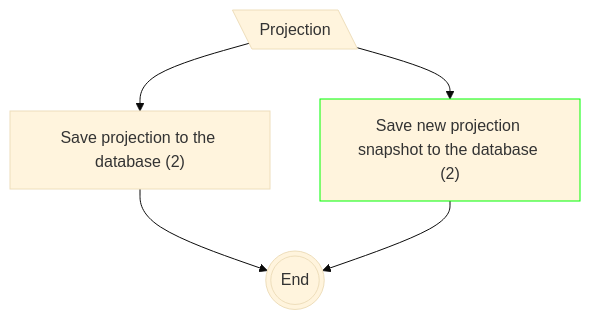
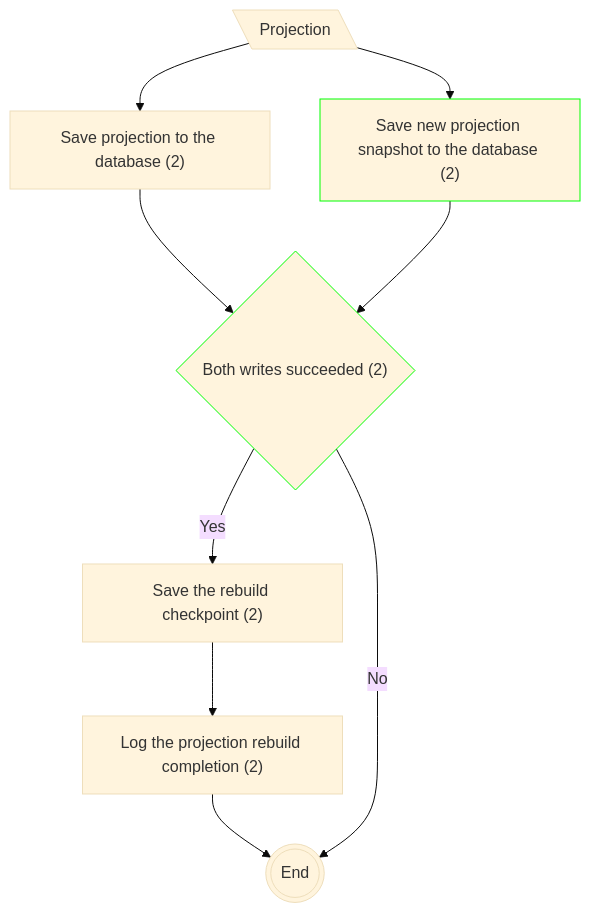
One commit to dmitryhruzin/CQRS-variations-test changed the fifth of 5 diagrams in docs/CF Complexity/Canonical CQRS -> Classical CQRS/projection rebuild.md. Above: the diagram before and after it, drawn with Mermaid (base theme). The commit also changed other lines of this file and 21 other files, not shown here.

````diff
--- a/docs/CF Complexity/Canonical CQRS -> Classical CQRS/projection rebuild.md
+++ b/docs/CF Complexity/Canonical CQRS -> Classical CQRS/projection rebuild.md
@@ -79,9 +81,13 @@
 ```mermaid
 flowchart TD
   classDef mod stroke:#0f0
   A@{ shape: lean-l, label: "Projection" }
   A --> B["Save projection to the database (2)"]
   A --> C["Save new projection snapshot to the database (2)"]:::mod
-  B --> D@{ shape: dbl-circ, label: "End" }
-  C --> D
+  B --> CF{"Both writes succeeded (2)"}:::mod
+  C --> CF
+  CF --Yes--> CP["Save the rebuild checkpoint (2)"]
+  CP --> LG["Log the projection rebuild completion (2)"]
+  LG --> D@{ shape: dbl-circ, label: "End" }
+  CF --"No"--> D
 ```
````
